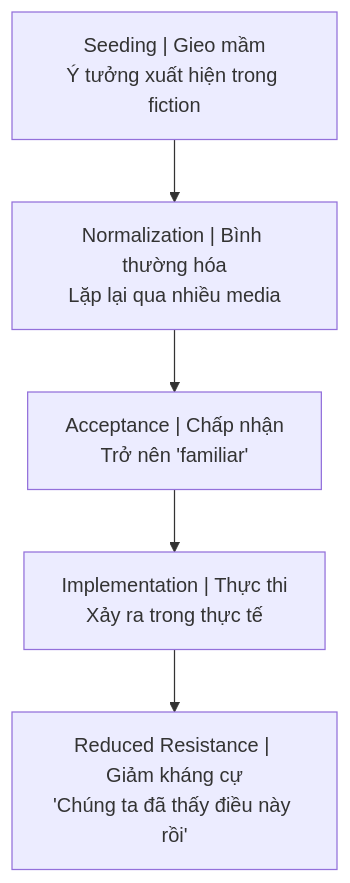
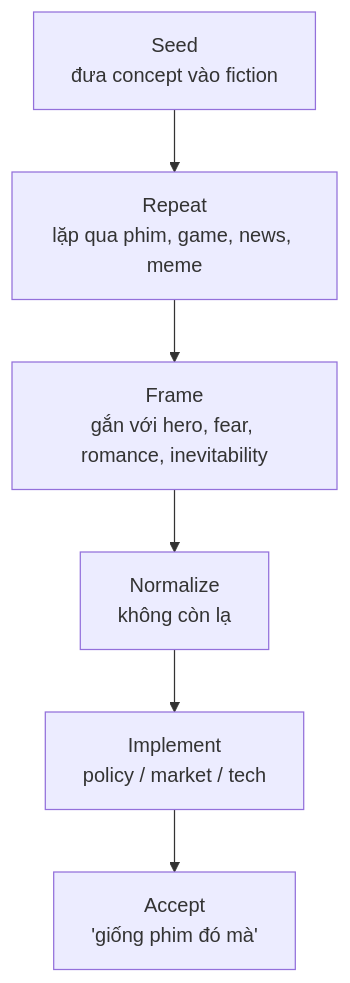
Before and after one commit to dyukahi/knowledge: the diagram in esoterica/Predictive Programming - Cấy Tương Lai Vào Tiềm Thức.md, drawn with Mermaid. The commit also changed other lines of this file and 5 other files, not shown here.

````diff
--- a/esoterica/Predictive Programming - Cấy Tương Lai Vào Tiềm Thức.md
+++ b/esoterica/Predictive Programming - Cấy Tương Lai Vào Tiềm Thức.md
@@ -25,10 +44,10 @@
 ```mermaid
 flowchart TD
-    S["Seeding | Gieo mầm<br/>Ý tưởng xuất hiện trong fiction"]
-    N["Normalization | Bình thường hóa<br/>Lặp lại qua nhiều media"]
-    A["Acceptance | Chấp nhận<br/>Trở nên 'familiar'"]
-    I["Implementation | Thực thi<br/>Xảy ra trong thực tế"]
-    R["Reduced Resistance | Giảm kháng cự<br/>'Chúng ta đã thấy điều này rồi'"]
-    
-    S --> N --> A --> I --> R
+    S["Seed<br/>đưa concept vào fiction"]
+    R["Repeat<br/>lặp qua phim, game, news, meme"]
+    F["Frame<br/>gắn với hero, fear, romance, inevitability"]
+    N["Normalize<br/>không còn lạ"]
+    I["Implement<br/>policy / market / tech"]
+    A["Accept<br/>'giống phim đó mà'"]
+    S --> R --> F --> N --> I --> A
 ```
````
